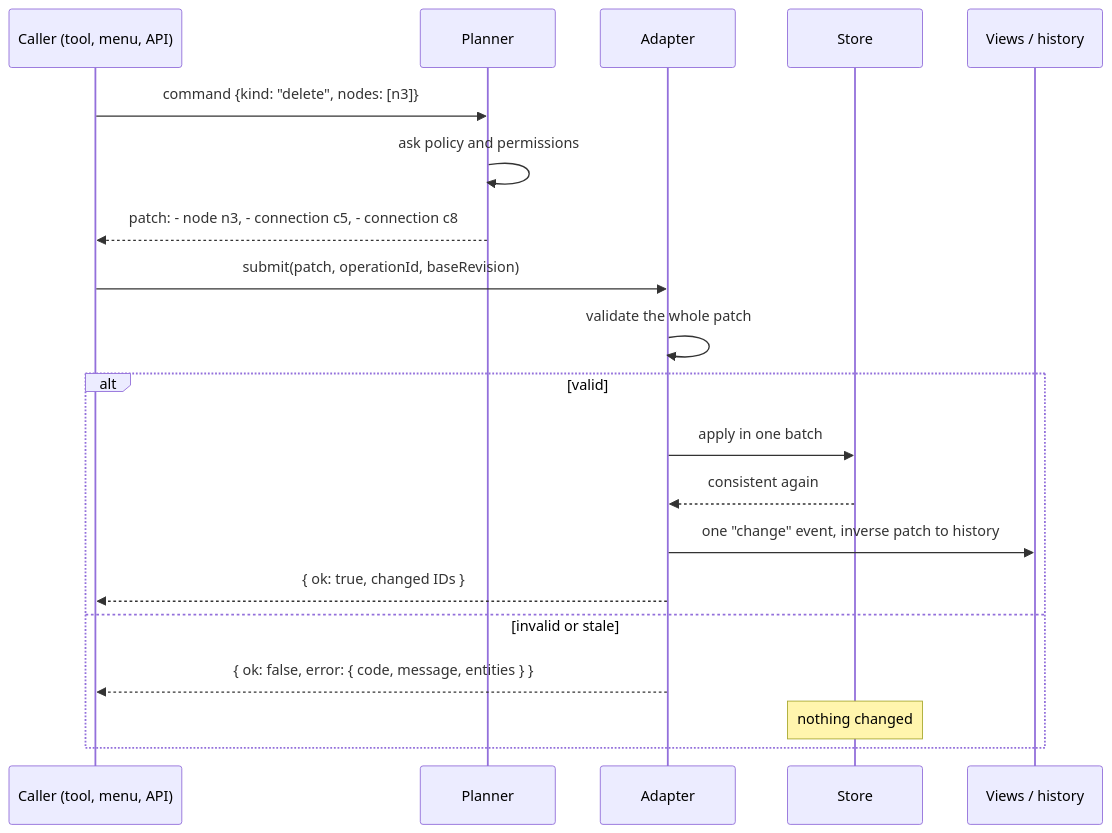
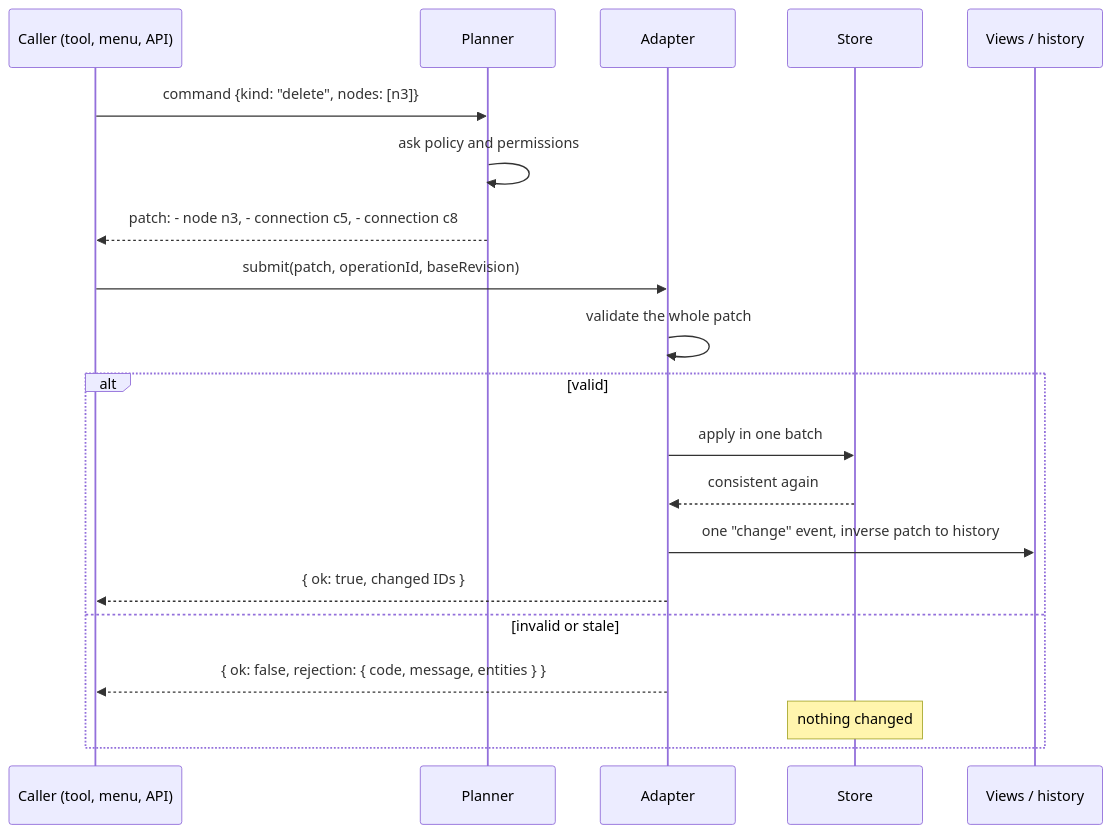
One commit to paceholder/nodeeditor-js changed the second of 10 diagrams in docs/architecture.md. Above: the diagram before and after it, drawn with Mermaid. The commit also changed other lines of this file and 6 other files, not shown here.

````diff
--- a/docs/architecture.md
+++ b/docs/architecture.md
@@ -130,22 +130,22 @@
 ```mermaid
 sequenceDiagram
   participant C as Caller (tool, menu, API)
   participant P as Planner
   participant A as Adapter
   participant S as Store
   participant V as Views / history
   C->>P: command {kind: "delete", nodes: [n3]}
   P->>P: ask policy and permissions
   P-->>C: patch: - node n3, - connection c5, - connection c8
   C->>A: submit(patch, operationId, baseRevision)
   A->>A: validate the whole patch
   alt valid
     A->>S: apply in one batch
     S-->>A: consistent again
     A->>V: one "change" event, inverse patch to history
     A-->>C: { ok: true, changed IDs }
   else invalid or stale
-    A-->>C: { ok: false, error: { code, message, entities } }
+    A-->>C: { ok: false, rejection: { code, message, entities } }
     Note over S: nothing changed
   end
 ```
````
